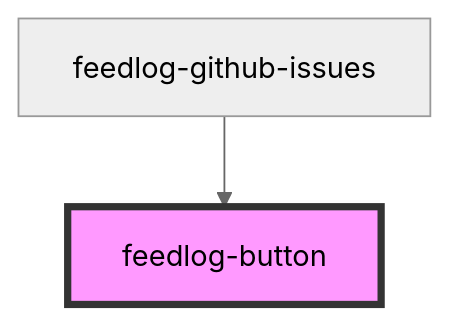
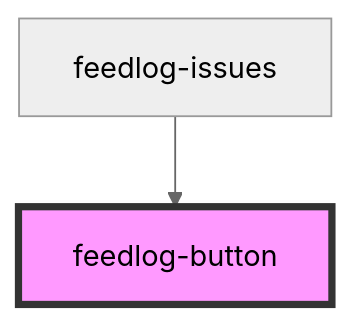
Before and after one commit to FeedlogAI/feedlog-toolkit: the diagram in packages/webcomponents/src/components/feedlog-button/readme.md, drawn with Mermaid (neutral theme). The commit also changed other lines of this file and 24 other files, not shown here.

First line of the commit message:
refactor: rename FeedlogGithubIssues and FeedlogGithubIssuesClient components to FeedlogIssues and FeedlogIssuesClient

````diff
--- a/packages/webcomponents/src/components/feedlog-button/readme.md
+++ b/packages/webcomponents/src/components/feedlog-button/readme.md
@@ -34,5 +34,5 @@
 ```mermaid
 graph TD;
-  feedlog-github-issues --> feedlog-button
+  feedlog-issues --> feedlog-button
   style feedlog-button fill:#f9f,stroke:#333,stroke-width:4px
 ```
````
